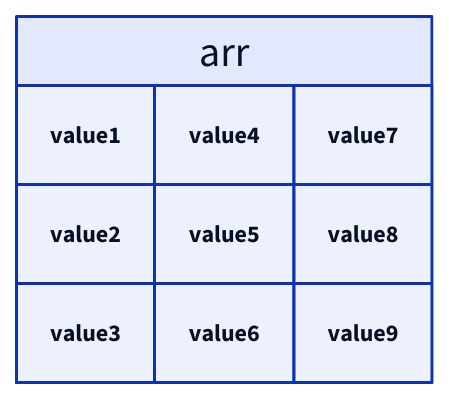
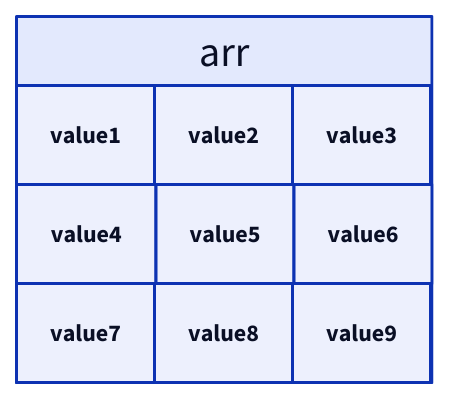
One commit to ani2fun/codefolio changed diagram 13 of 50 in content/cortex/data-structures-and-algorithms/01-data-structures/01-arrays/02-multidimensional.md. Above: the diagram before and after it, drawn with D2. The commit also changed other lines of this file and 352 other files, not shown here.

First line of the commit message:
Architectural deepening: pipelines, content, icons, AsyncResult

````diff
--- a/content/cortex/data-structures-and-algorithms/01-data-structures/01-arrays/02-multidimensional.md
+++ b/content/cortex/data-structures-and-algorithms/01-data-structures/01-arrays/02-multidimensional.md
@@ -823,15 +802,15 @@
 ```d2
 arr: {
-  grid-columns: 3
+  grid-rows: 3
   grid-gap: 0
   a: value1
   b: value2
   c: value3
   d: value4
   e: value5
   f: value6
   g: value7
   h: value8
   i: value9
 }
 ```
````
